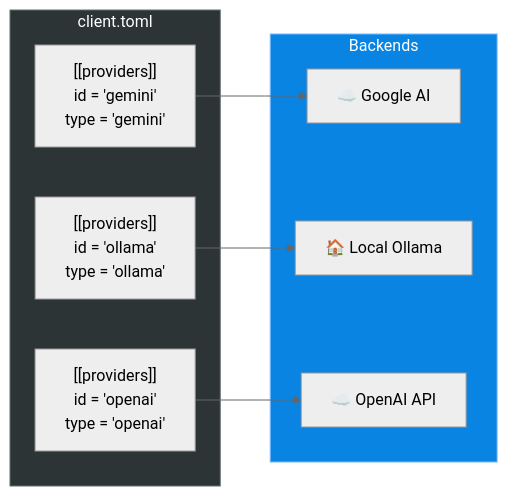
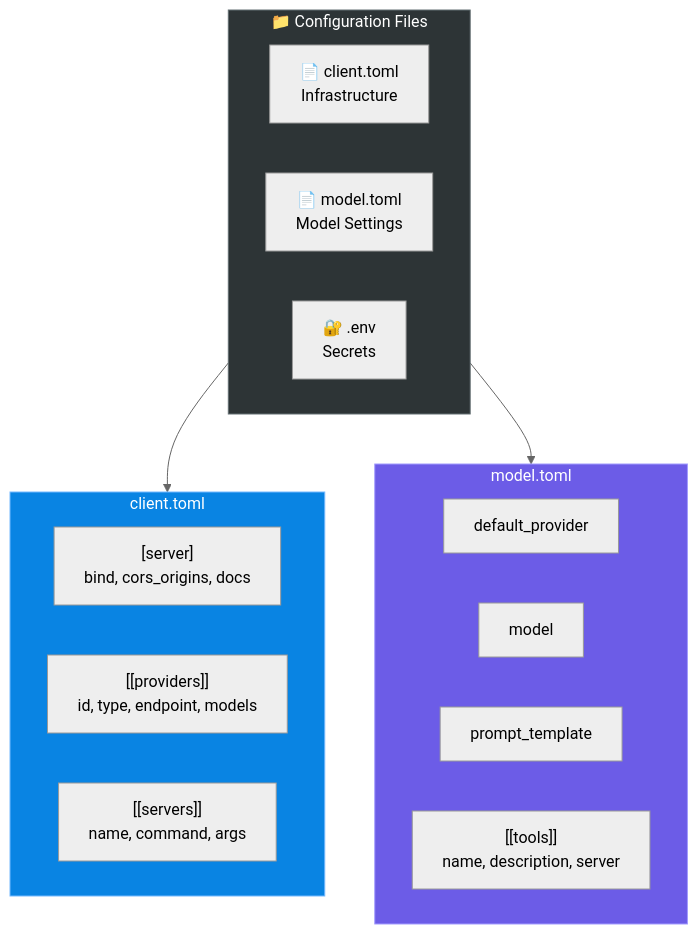
Before and after one commit to tsfarizi/antikhitera-mcp-client: the fifth of 12 diagrams in README.md, drawn with Mermaid (neutral theme). The commit also changed other lines of this file, not shown here.

Commit message:
docs: Enhance README with detailed split configuration design, execution modes, and production deployment guidance, including new diagrams and examples.

````diff
--- a/README.md
+++ b/README.md
@@ -238,21 +239,29 @@
 ```mermaid
-graph LR
-    subgraph Config["client.toml"]
-        P1["[[providers]]<br/>id = 'gemini'<br/>type = 'gemini'"]
-        P2["[[providers]]<br/>id = 'ollama'<br/>type = 'ollama'"]
-        P3["[[providers]]<br/>id = 'openai'<br/>type = 'openai'"]
+flowchart TB
+    subgraph ConfigFiles["📁 Configuration Files"]
+        direction LR
+        CLIENT["📄 client.toml<br/>Infrastructure"]
+        MODEL["📄 model.toml<br/>Model Settings"]
+        ENV["🔐 .env<br/>Secrets"]
     end
     
-    subgraph Backends["Backends"]
-        B1["☁️ Google AI"]
-        B2["🏠 Local Ollama"]
-        B3["☁️ OpenAI API"]
+    subgraph ClientFile["client.toml"]
+        C1["[server]<br/>bind, cors_origins, docs"]
+        C2["[[providers]]<br/>id, type, endpoint, models"]
+        C3["[[servers]]<br/>name, command, args"]
     end
     
-    P1 --> B1
-    P2 --> B2
-    P3 --> B3
+    subgraph ModelFile["model.toml"]
+        M1["default_provider"]
+        M2["model"]
+        M3["prompt_template"]
+        M4["[[tools]]<br/>name, description, server"]
+    end
     
-    style Config fill:#2d3436,stroke:#636e72,color:#fff
-    style Backends fill:#0984e3,stroke:#74b9ff,color:#fff
+    CLIENT --> ClientFile
+    MODEL --> ModelFile
+    
+    style ConfigFiles fill:#2d3436,stroke:#636e72,color:#fff
+    style ClientFile fill:#0984e3,stroke:#74b9ff,color:#fff
+    style ModelFile fill:#6c5ce7,stroke:#a29bfe,color:#fff
 ```
````
